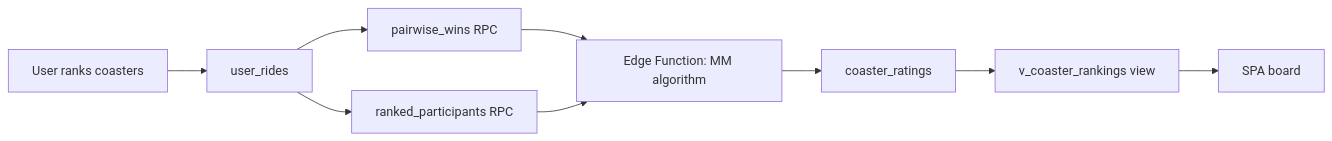
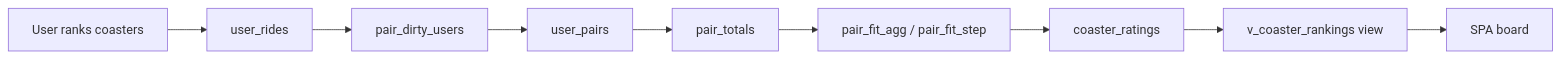
Before and after one commit to pandeiro/CoasterRank: the first of 3 diagrams in docs/architecture/RANKINGS.md, drawn with Mermaid. The commit also changed other lines of this file and 1 other file, not shown here.

First line of the commit message:
docs: update RANKINGS.md to live incremental pipeline (#257)

````diff
--- a/docs/architecture/RANKINGS.md
+++ b/docs/architecture/RANKINGS.md
@@ -9,11 +9,11 @@
 ```mermaid
 flowchart LR
     A[User ranks coasters] --> B[user_rides]
-    B --> C[pairwise_wins RPC]
-    B --> D[ranked_participants RPC]
-    C --> E[Edge Function: MM algorithm]
-    D --> E
-    E --> F[coaster_ratings]
-    F --> G[v_coaster_rankings view]
-    G --> H[SPA board]
+    B --> C[pair_dirty_users]
+    C --> D[user_pairs]
+    D --> E[pair_totals]
+    E --> F[pair_fit_agg / pair_fit_step]
+    F --> G[coaster_ratings]
+    G --> H[v_coaster_rankings view]
+    H --> I[SPA board]
 ```
````
